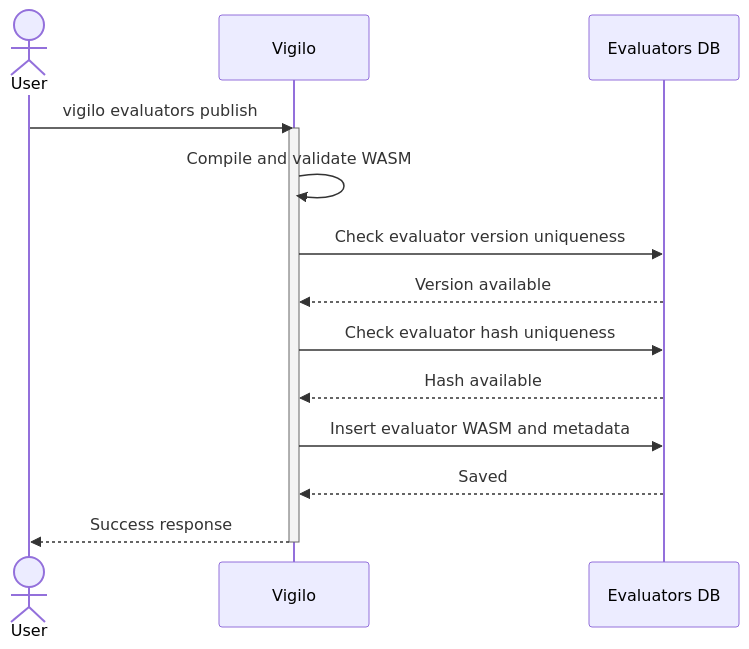
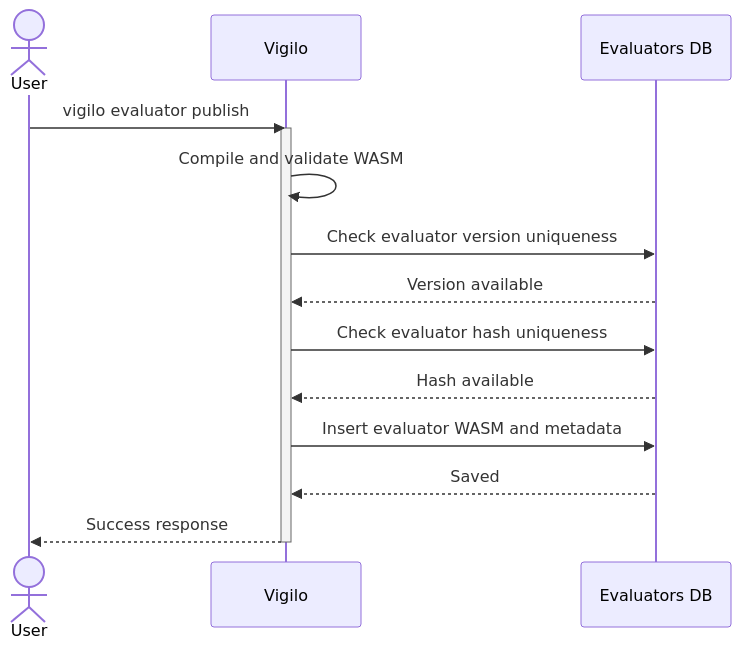
The diagram in web/docs/architecture/flows/evaluators/publish/execution-flow.mmd (gregl83/agent-vigilo), drawn with Mermaid before and after one commit. The commit also changed 40 other files, not shown here.

```diff
--- a/web/docs/architecture/flows/evaluators/publish/execution-flow.mmd
+++ b/web/docs/architecture/flows/evaluators/publish/execution-flow.mmd
@@ -1,28 +1,28 @@
 ---
 config:
   flowchart:
     nodeSpacing: 150
     rankSpacing: 80
   themeVariables:
     edgeLabelBackground: 'transparent'
 ---
 sequenceDiagram
     actor User
     participant Vigilo
     participant DB as Evaluators DB
 
-    User->>Vigilo: vigilo evaluators publish
+    User->>Vigilo: vigilo evaluator publish
     activate Vigilo
 
     Vigilo->>Vigilo: Compile and validate WASM
     Vigilo->>DB: Check evaluator version uniqueness
     DB-->>Vigilo: Version available
 
     Vigilo->>DB: Check evaluator hash uniqueness
     DB-->>Vigilo: Hash available
 
     Vigilo->>DB: Insert evaluator WASM and metadata
     DB-->>Vigilo: Saved
 
     Vigilo-->>User: Success response
     deactivate Vigilo
```
